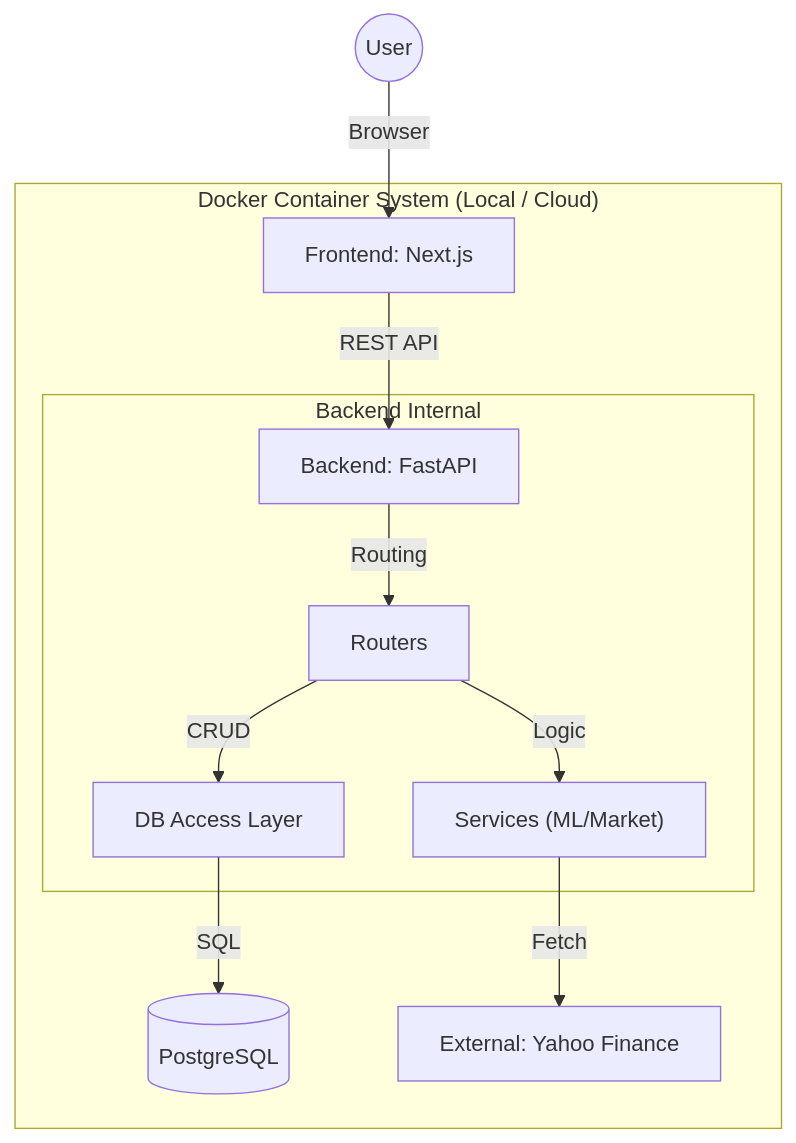
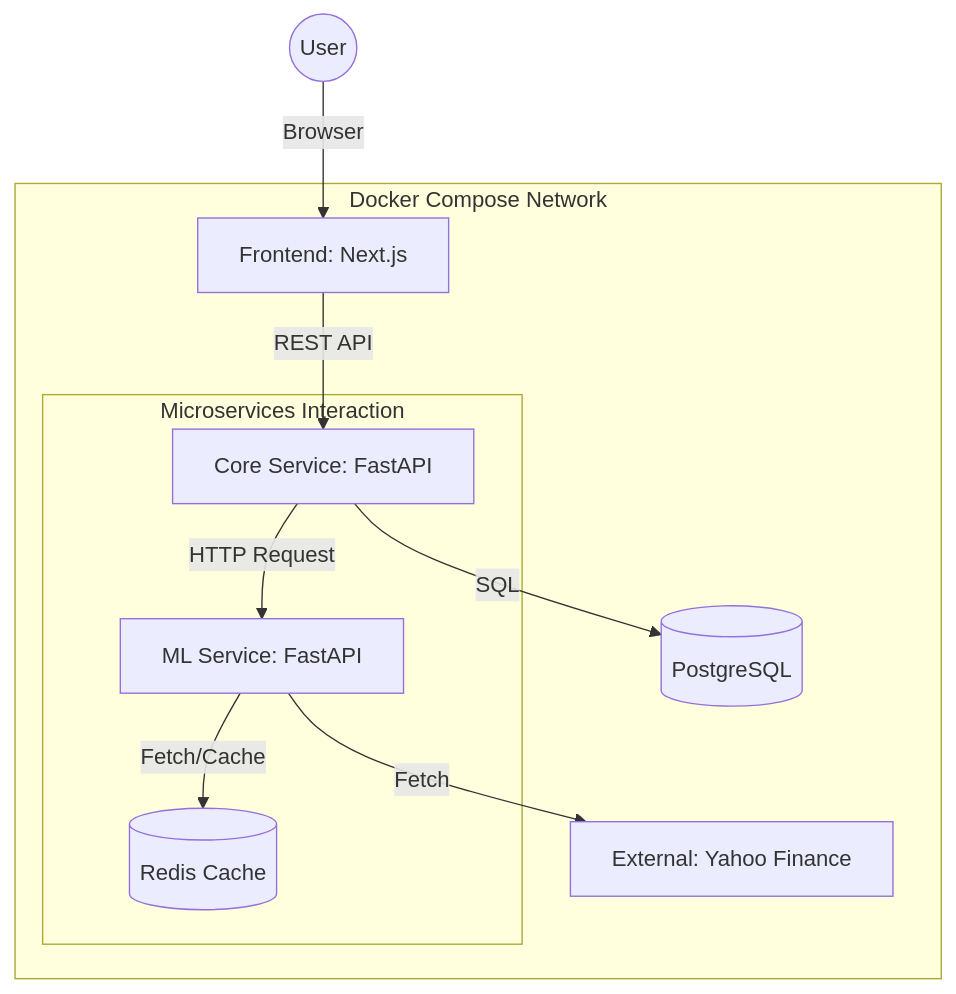
The diagram in README.md (ryunote/AST-WebApp), drawn with Mermaid before and after one commit. The commit also changed other lines of this file, not shown here.

````diff
--- a/README.md
+++ b/README.md
@@ -16,17 +20,16 @@
 ```mermaid
 graph TD
     User((User)) -->|Browser| Front[Frontend: Next.js]
     
-    subgraph "Docker Container System (Local / Cloud)"
-        Front -->|REST API| Back[Backend: FastAPI]
+    subgraph "Docker Compose Network"
+        Front -->|REST API| Core[Core Service: FastAPI]
         
-        subgraph "Backend Internal"
-            Back -->|Routing| Router[Routers]
-            Router -->|Logic| Service["Services (ML/Market)"]
-            Router -->|CRUD| DB_Layer[DB Access Layer]
+        subgraph "Microservices Interaction"
+            Core -->|HTTP Request| ML[ML Service: FastAPI]
+            ML -->|Fetch/Cache| Redis[(Redis Cache)]
         end
         
-        DB_Layer -->|SQL| DB[(PostgreSQL)]
-        Service -->|Fetch| Yahoo[External: Yahoo Finance]
+        Core -->|SQL| DB[(PostgreSQL)]
+        ML -->|Fetch| Yahoo[External: Yahoo Finance]
     end
 ```
````
